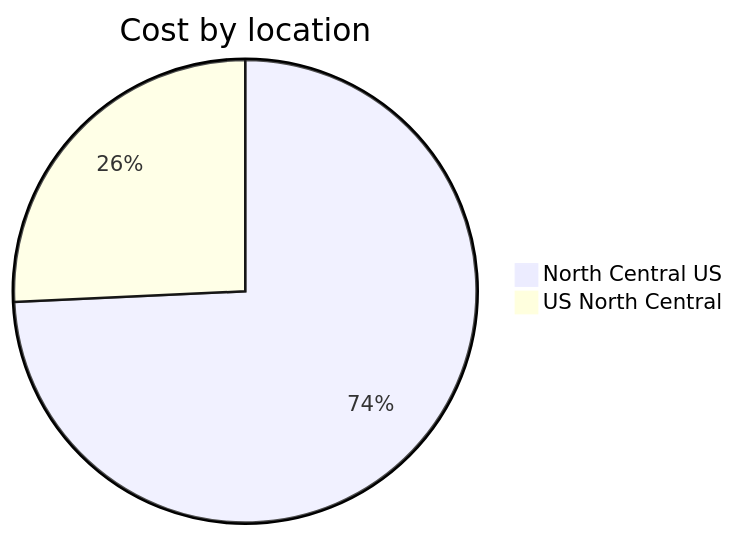
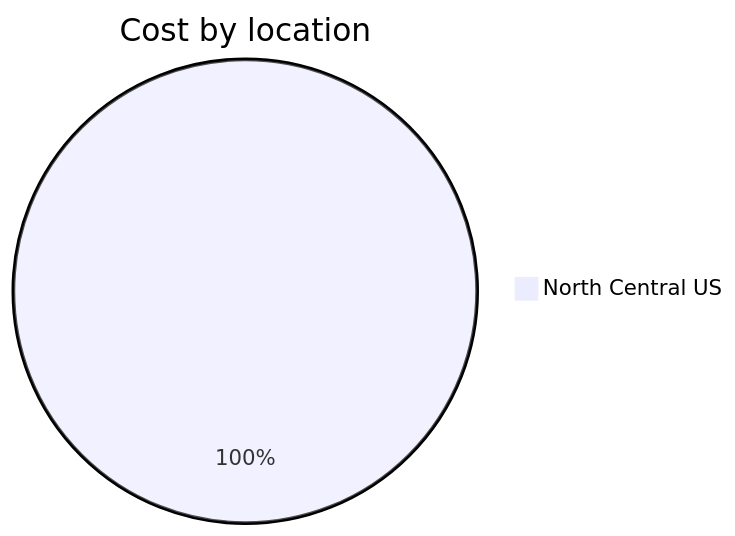
One commit to jpfulton/azure-personal-reports changed the third of 4 diagrams in cost-reports/personal-network/vpn-server.md. Above: the diagram before and after it, drawn with Mermaid. The commit also changed other lines of this file and 8 other files, not shown here.

````diff
--- a/cost-reports/personal-network/vpn-server.md
+++ b/cost-reports/personal-network/vpn-server.md
@@ -110,6 +109,5 @@
 ```mermaid
 pie
    title Cost by location
-   "North Central US" : 8.05
-   "US North Central" : 2.79
+   "North Central US" : 11.34
 ```
````
